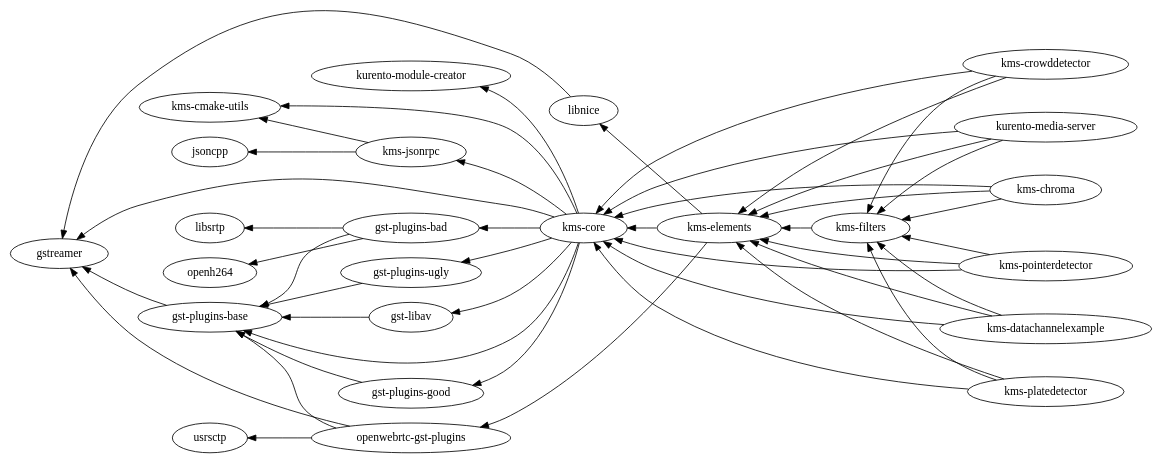
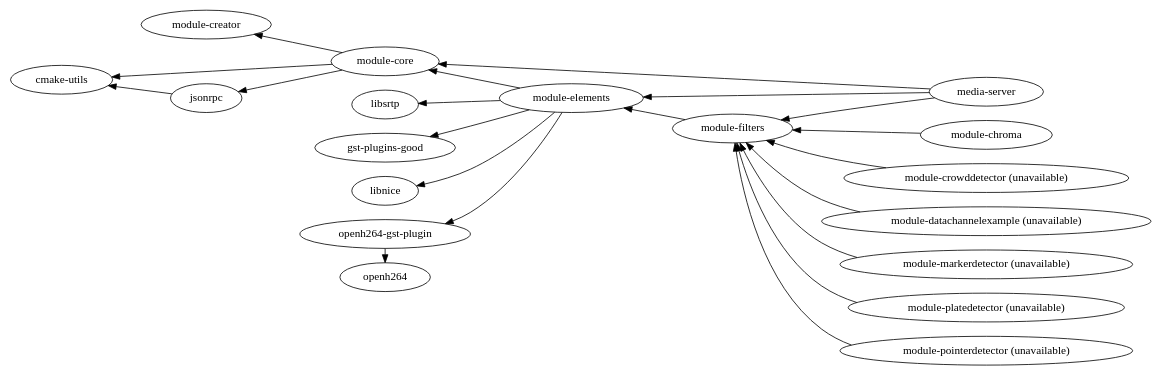
Before and after one commit to Kurento/doc-kurento-readthedocs: the diagram in source/images/graphs/dependencies-all.dot, drawn with Graphviz. The commit also changed 655 other files, not shown here.

```diff
--- a/source/images/graphs/dependencies-all.dot
+++ b/source/images/graphs/dependencies-all.dot
@@ -1,38 +1,43 @@
 digraph dependencies_all {
   bgcolor = "transparent";
   fontname = "Bitstream Vera Sans";
   fontsize = 8;
   size = "12,8";
 
   rankdir = "RL";
 
-  // Kurento external libraries
-  "jsoncpp";
-  "libsrtp";
-  "openh264";
-  "usrsctp";
-  "gstreamer";
-  "gst-plugins-base" -> "gstreamer";
-  "gst-plugins-good" -> "gst-plugins-base";
-  "gst-plugins-bad" -> {"gst-plugins-base" "libsrtp" "openh264"};
-  "gst-plugins-ugly" -> "gst-plugins-base";
-  "gst-libav" -> "gst-plugins-base";
-  "openwebrtc-gst-plugins" -> {"gstreamer" "gst-plugins-base" "usrsctp"};
-  "libnice" -> "gstreamer";
+  // Forks and external libraries.
+  {
+    rank = "same";
+    "libsrtp";
+    "openh264";
+    "gst-plugins-good";
+    "libnice";
+    "openh264-gst-plugin" -> "openh264";
+  }
 
-  // KMS main components
-  "kurento-module-creator";
-  "kms-cmake-utils";
-  "kms-jsonrpc" -> {"jsoncpp" "kms-cmake-utils"};
-  "kms-core" -> {"gstreamer" "gst-plugins-base" "gst-plugins-good" "gst-plugins-bad" "gst-plugins-ugly" "gst-libav" "kurento-module-creator" "kms-cmake-utils" "kms-jsonrpc"};
-  "kms-elements" -> {"openwebrtc-gst-plugins" "libnice" "kms-core"};
-  "kms-filters" -> "kms-elements";
-  "kurento-media-server" -> {"kms-core" "kms-elements" "kms-filters"};
+  // Main components.
+  "module-creator";
+  "cmake-utils";
+  "jsonrpc" -> "cmake-utils";
 
-  // KMS extra modules
-  "kms-chroma" -> {"kms-core" "kms-elements" "kms-filters"};
-  "kms-crowddetector" -> {"kms-core" "kms-elements" "kms-filters"};
-  "kms-datachannelexample" -> {"kms-core" "kms-elements" "kms-filters"};
-  "kms-platedetector" -> {"kms-core" "kms-elements" "kms-filters"};
-  "kms-pointerdetector" -> {"kms-core" "kms-elements" "kms-filters"};
+  "module-core" [group = "1"];
+  "module-elements" [group = "1"];
+  "module-filters" [group = "1"];
+  "media-server" [group = "1"];
+
+  "module-core" -> {"module-creator" "cmake-utils" "jsonrpc"};
+  "module-elements" -> {"libsrtp" "gst-plugins-good" "libnice" "openh264-gst-plugin" "module-core"};
+  "module-filters" -> "module-elements";
+  "media-server" -> {"module-core" "module-elements" "module-filters"};
+
+  // Example plugins.
+  "module-chroma" -> "module-filters";
+
+  // Build disabled on Ubuntu >= 20.04 (due to breaking changes in OpenCV 4.0).
+  "module-crowddetector (unavailable)" -> "module-filters";
+  "module-datachannelexample (unavailable)" -> "module-filters";
+  "module-markerdetector (unavailable)" -> "module-filters";
+  "module-platedetector (unavailable)" -> "module-filters";
+  "module-pointerdetector (unavailable)" -> "module-filters";
 }
```
